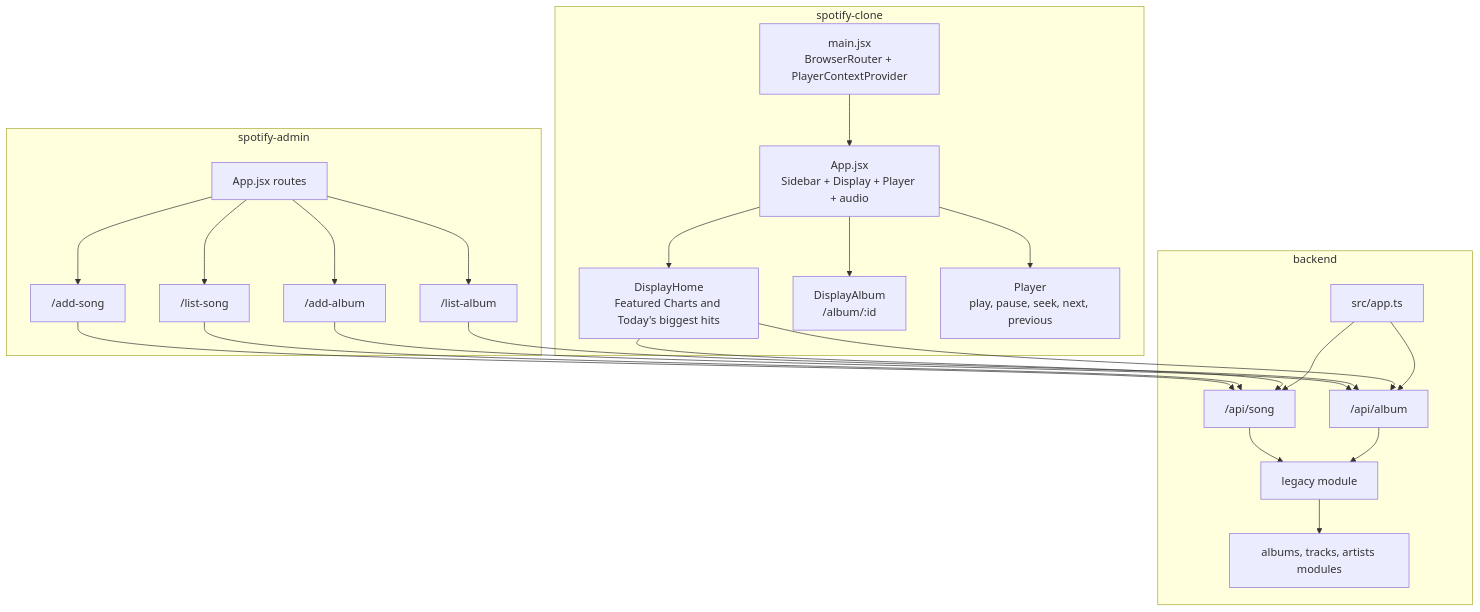
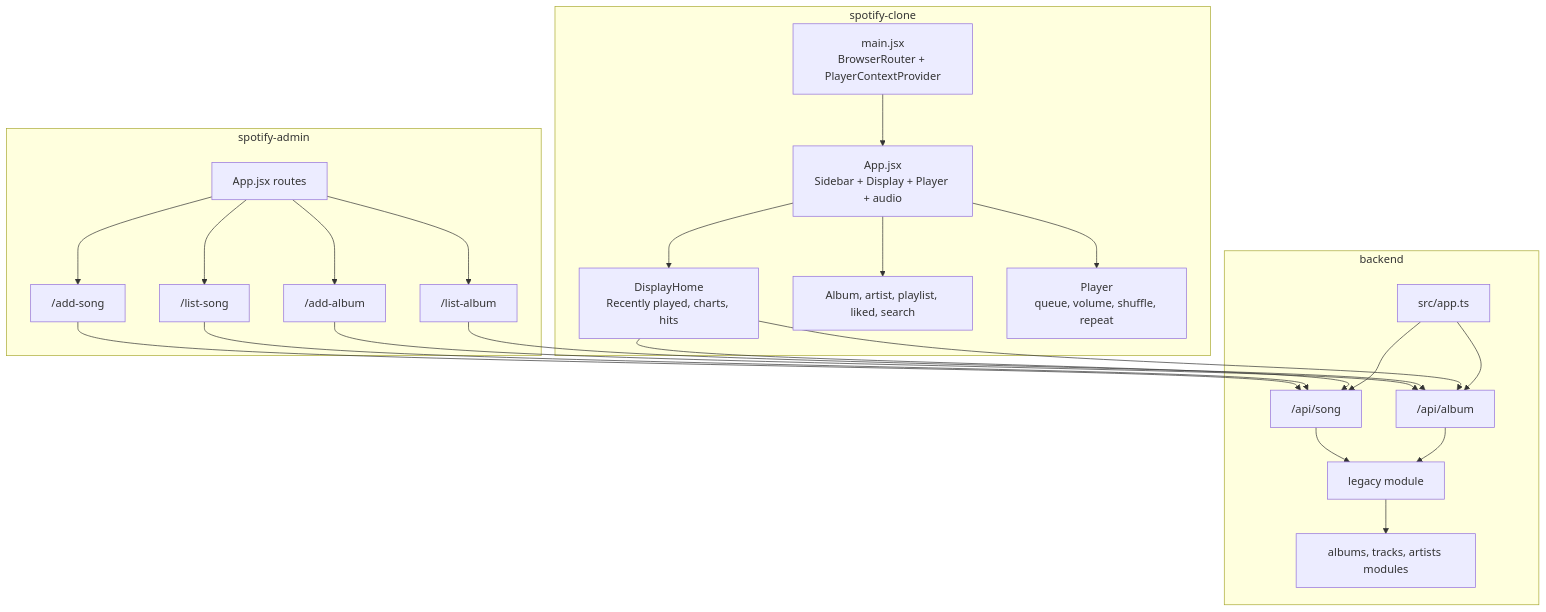
One commit to kuldeepsinghr/Spotify-clone changed the second of 4 diagrams in README.md. Above: the diagram before and after it, drawn with Mermaid. The commit also changed other lines of this file and 29 other files, not shown here.

Commit message:
feat(m7): add search, library, playlists and remaining player controls

````diff
--- a/README.md
+++ b/README.md
@@ -51,46 +51,46 @@
 ```mermaid
 flowchart TB
   subgraph listener [spotify-clone]
     Main["main.jsx<br/>BrowserRouter + PlayerContextProvider"]
     App["App.jsx<br/>Sidebar + Display + Player + audio"]
-    Home["DisplayHome<br/>Featured Charts and Today's biggest hits"]
-    AlbumPage["DisplayAlbum<br/>/album/:id"]
-    PlayerBar["Player<br/>play, pause, seek, next, previous"]
+    Home["DisplayHome<br/>Recently played, charts, hits"]
+    AlbumPage["Album, artist, playlist, liked, search"]
+    PlayerBar["Player<br/>queue, volume, shuffle, repeat"]
   end
 
   subgraph adminApp [spotify-admin]
     AdminApp["App.jsx routes"]
     AddSong["/add-song"]
     ListSong["/list-song"]
     AddAlbum["/add-album"]
     ListAlbum["/list-album"]
   end
 
   subgraph api [backend]
     Server["src/app.ts"]
     SongRoute["/api/song"]
     AlbumRoute["/api/album"]
     SongCtrl["legacy module"]
     AlbumCtrl["albums, tracks, artists modules"]
   end
 
   Main --> App
   App --> Home
   App --> AlbumPage
   App --> PlayerBar
   AdminApp --> AddSong
   AdminApp --> ListSong
   AdminApp --> AddAlbum
   AdminApp --> ListAlbum
   AddSong --> SongRoute
   ListSong --> SongRoute
   AddAlbum --> AlbumRoute
   ListAlbum --> AlbumRoute
   Home --> SongRoute
   Home --> AlbumRoute
   Server --> SongRoute
   Server --> AlbumRoute
   SongRoute --> SongCtrl
   AlbumRoute --> SongCtrl
   SongCtrl --> AlbumCtrl
 ```
````
